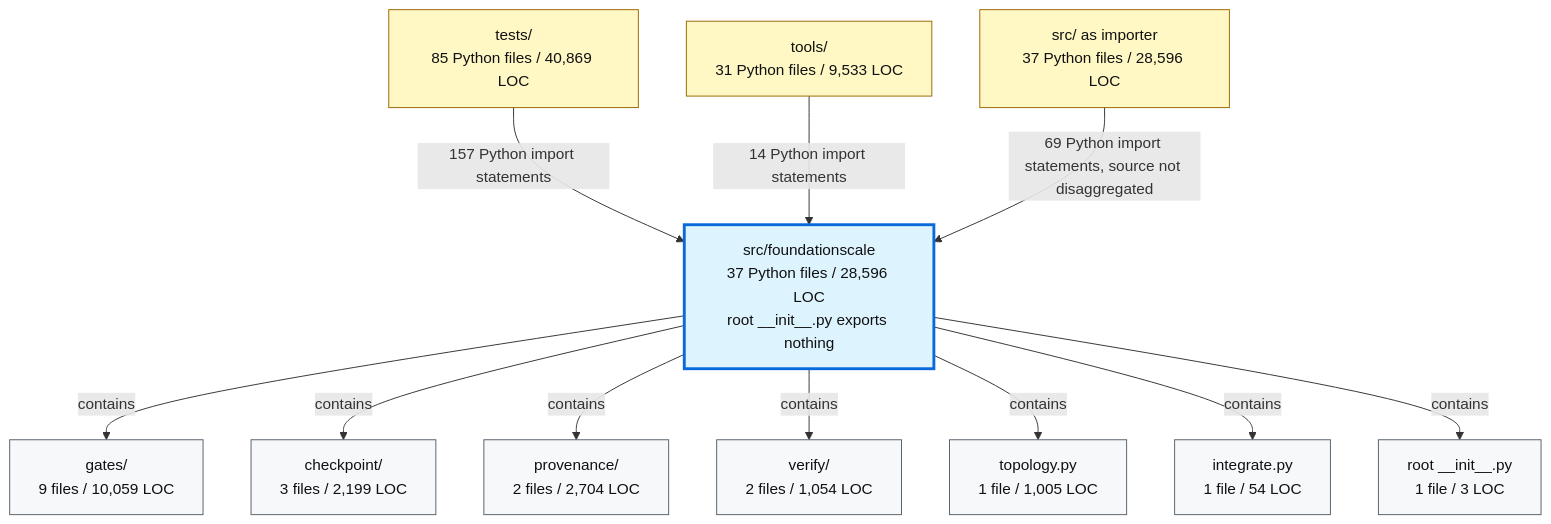
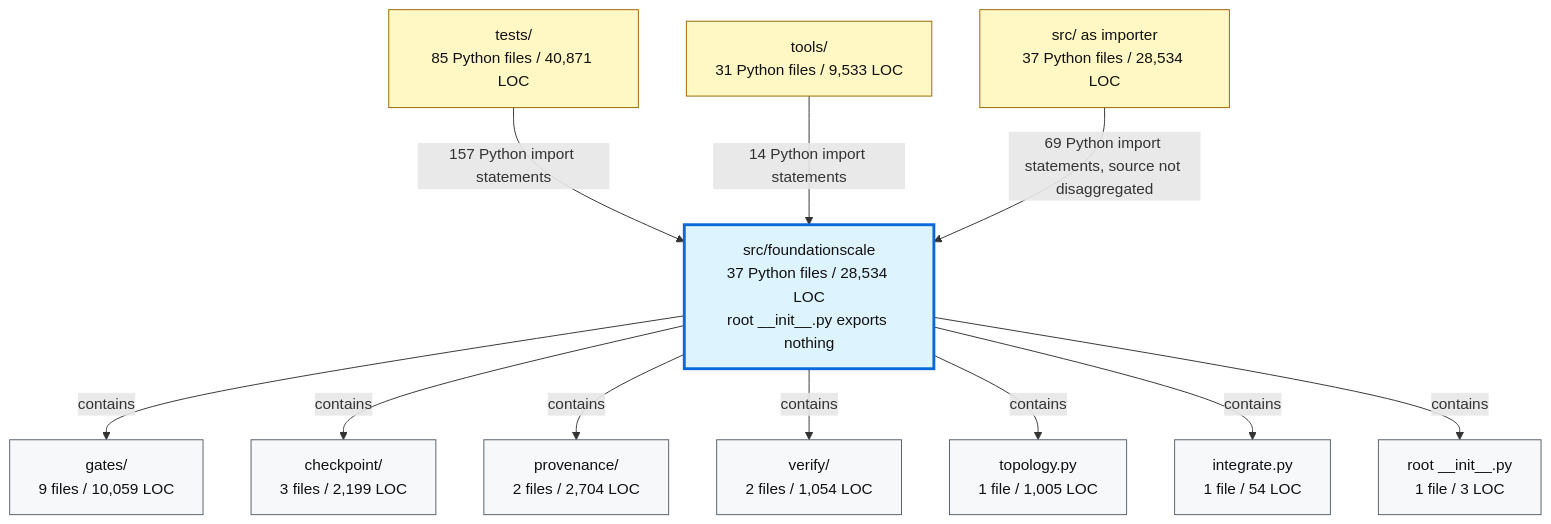
Before and after one commit to TranNhiem/FoundationScale: the second of 2 diagrams in docs/review/D2_current_architecture.md, drawn with Mermaid. The commit also changed other lines of this file and 16 other files, not shown here.

````diff
--- a/docs/review/D2_current_architecture.md
+++ b/docs/review/D2_current_architecture.md
@@ -97,36 +97,36 @@
 ```mermaid
 flowchart TB
-  TESTS["tests/<br/>85 Python files / 40,869 LOC"]
+  TESTS["tests/<br/>85 Python files / 40,871 LOC"]
   TOOLS["tools/<br/>31 Python files / 9,533 LOC"]
-  SRC["src/ as importer<br/>37 Python files / 28,596 LOC"]
+  SRC["src/ as importer<br/>37 Python files / 28,534 LOC"]
 
-  FS["src/foundationscale<br/>37 Python files / 28,596 LOC<br/>root __init__.py exports nothing"]
+  FS["src/foundationscale<br/>37 Python files / 28,534 LOC<br/>root __init__.py exports nothing"]
 
   GATES["gates/<br/>9 files / 10,059 LOC"]
   CKPT["checkpoint/<br/>3 files / 2,199 LOC"]
   PROV["provenance/<br/>2 files / 2,704 LOC"]
   VERIFY["verify/<br/>2 files / 1,054 LOC"]
   TOPO["topology.py<br/>1 file / 1,005 LOC"]
   INTEG["integrate.py<br/>1 file / 54 LOC"]
   ROOT["root __init__.py<br/>1 file / 3 LOC"]
 
   TESTS -->|"157 Python import statements"| FS
   TOOLS -->|"14 Python import statements"| FS
   SRC -->|"69 Python import statements, source not disaggregated"| FS
 
   FS -->|"contains"| GATES
   FS -->|"contains"| CKPT
   FS -->|"contains"| PROV
   FS -->|"contains"| VERIFY
   FS -->|"contains"| TOPO
   FS -->|"contains"| INTEG
   FS -->|"contains"| ROOT
 
   classDef consumer fill:#fff8c5,stroke:#9a6700,color:#111;
   classDef package fill:#ddf4ff,stroke:#0969da,stroke-width:3px,color:#111;
   classDef module fill:#f6f8fa,stroke:#57606a,color:#111;
 
   class TESTS,TOOLS,SRC consumer;
   class FS package;
   class GATES,CKPT,PROV,VERIFY,TOPO,INTEG,ROOT module;
 ```
````
